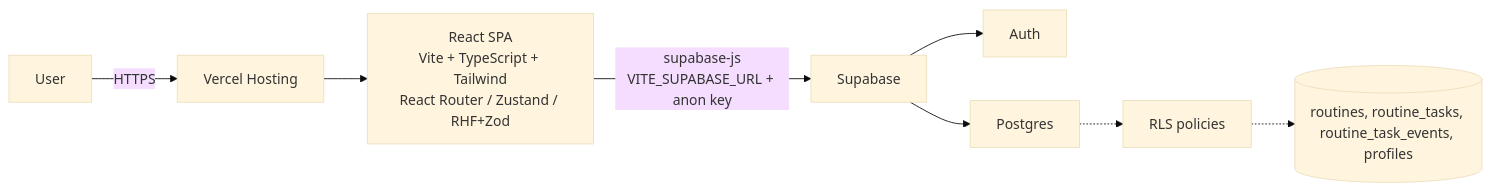
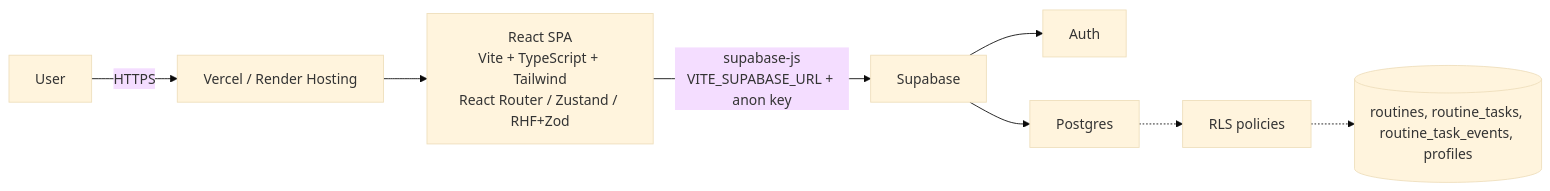
One commit to TomasPosada0626/Neuroroutine changed the diagram in README.md. Above: the diagram before and after it, drawn with Mermaid (base theme). The commit also changed other lines of this file and 13 other files, not shown here.

Commit message:
docs: refine architecture and deploy setup

````diff
--- a/README.md
+++ b/README.md
@@ -144,12 +164,12 @@
 ```mermaid
 flowchart LR
-  U[User] -->|HTTPS| H[Vercel Hosting]
+  U[User] -->|HTTPS| H[Vercel / Render Hosting]
   H --> SPA[React SPA\nVite + TypeScript + Tailwind\nReact Router / Zustand / RHF+Zod]
 
   SPA -->|supabase-js\nVITE_SUPABASE_URL + anon key| SB[Supabase]
   SB --> AUTH[Auth]
   SB --> DB[Postgres]
 
   DB -.-> RLS[RLS policies]
   RLS -.-> DATA[(routines, routine_tasks, routine_task_events, profiles)]
 ```
````
